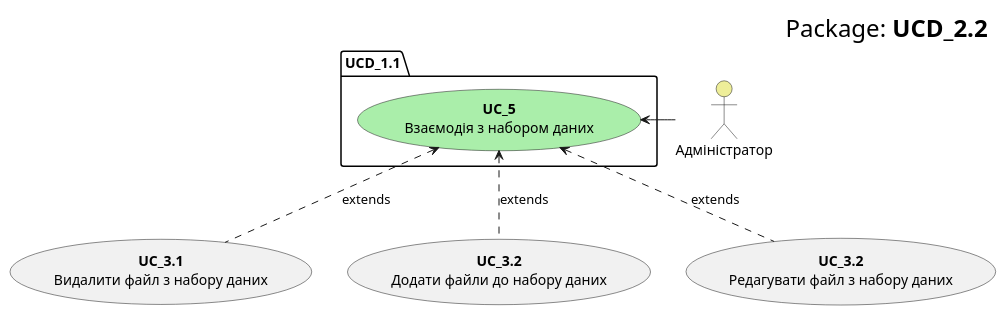
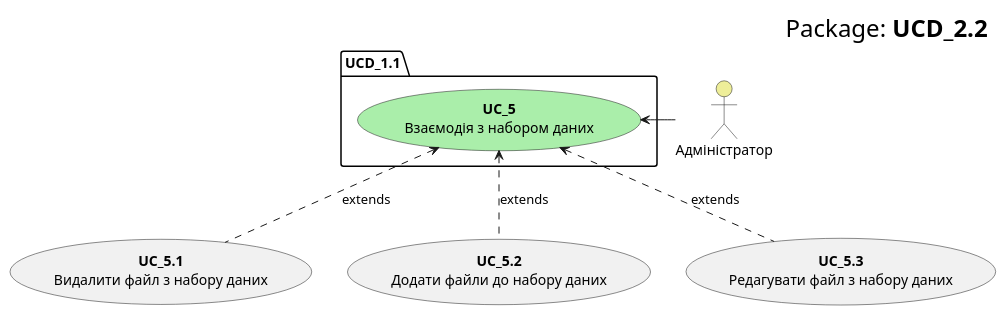
Before and after one commit to KarmazinN/db_open_data: the diagram in src/uml/usecase25.puml, drawn with PlantUML.

```diff
--- a/src/uml/usecase25.puml
+++ b/src/uml/usecase25.puml
@@ -1,21 +1,21 @@
 @startuml
     right header
         <font size=24 color=black>Package:<b> UCD_2.2
     end header
 
     package UCD_1.1 {
         usecase "<b>UC_5</b>\nВзаємодія з набором даних" as UC_3 #aaeeaa
     }
     
     actor "Адміністратор" as Admin #eeee99
     Admin -l-> UC_3
     
-    usecase "<b>UC_3.1</b>\nВидалити файл з набору даних" as UC_1.1
-    usecase "<b>UC_3.2</b>\nДодати файли до набору даних" as UC_1.2
-    usecase "<b>UC_3.2</b>\nРедагувати файл з набору даних" as UC_1.3
+    usecase "<b>UC_5.1</b>\nВидалити файл з набору даних" as UC_1.1
+    usecase "<b>UC_5.2</b>\nДодати файли до набору даних" as UC_1.2
+    usecase "<b>UC_5.3</b>\nРедагувати файл з набору даних" as UC_1.3
     
     UC_1.1 .u.> UC_3: extends
     UC_1.2 .u.> UC_3: extends
     UC_1.3 .u.> UC_3: extends
     
 @enduml
```
